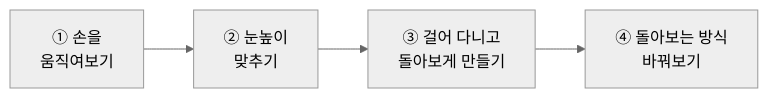
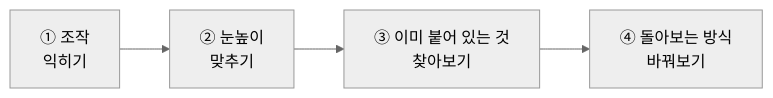
The first of 3 diagrams in Docs/1. NoCode/5. XR/29_xr_origin_locomotion_nocode.md (KooHoo-Dev/kdc-meta-verse-nocode-lecture), drawn with Mermaid (neutral theme) before and after one commit. The commit also changed other lines of this file and 15 other files, not shown here.

````diff
--- a/Docs/1. NoCode/5. XR/29_xr_origin_locomotion_nocode.md
+++ b/Docs/1. NoCode/5. XR/29_xr_origin_locomotion_nocode.md
@@ -25,6 +25,6 @@
 ```mermaid
 flowchart LR
-    A["① 손을<br/>움직여보기"] --> B["② 눈높이<br/>맞추기"]
-    B --> C["③ 걸어 다니고<br/>돌아보게 만들기"]
+    A["① 조작<br/>익히기"] --> B["② 눈높이<br/>맞추기"]
+    B --> C["③ 이미 붙어 있는 것<br/>찾아보기"]
     C --> D["④ 돌아보는 방식<br/>바꿔보기"]
 ```
````
